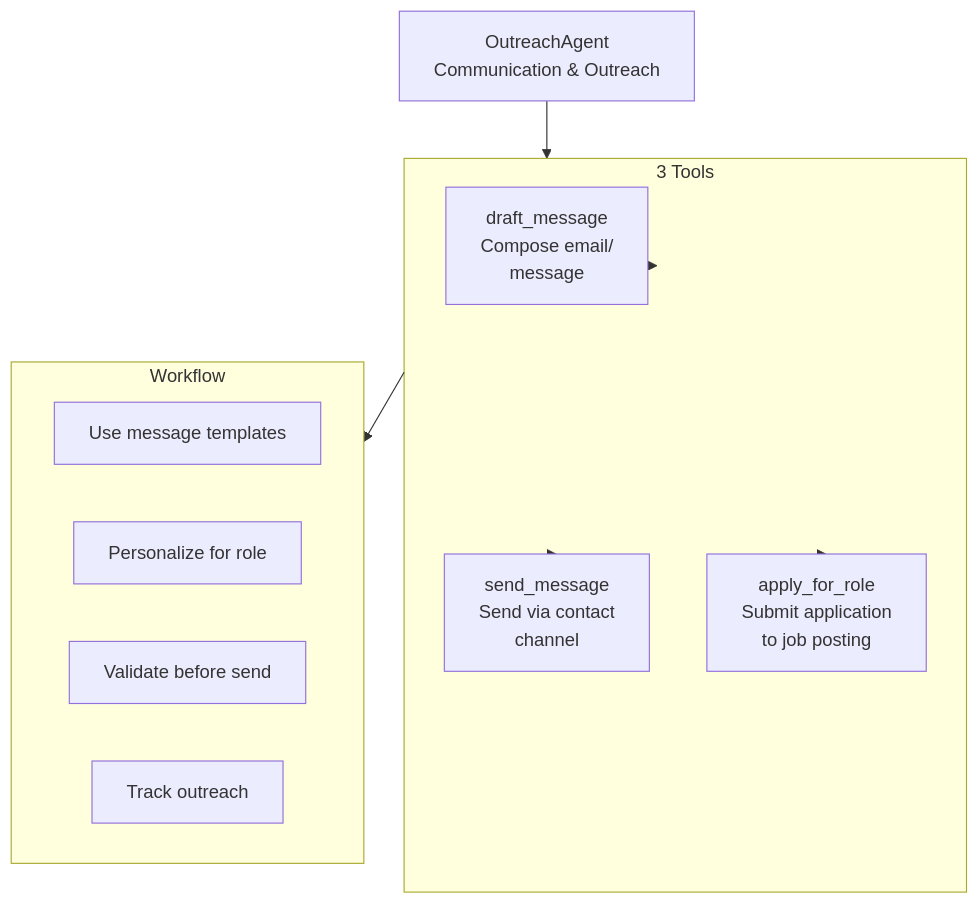
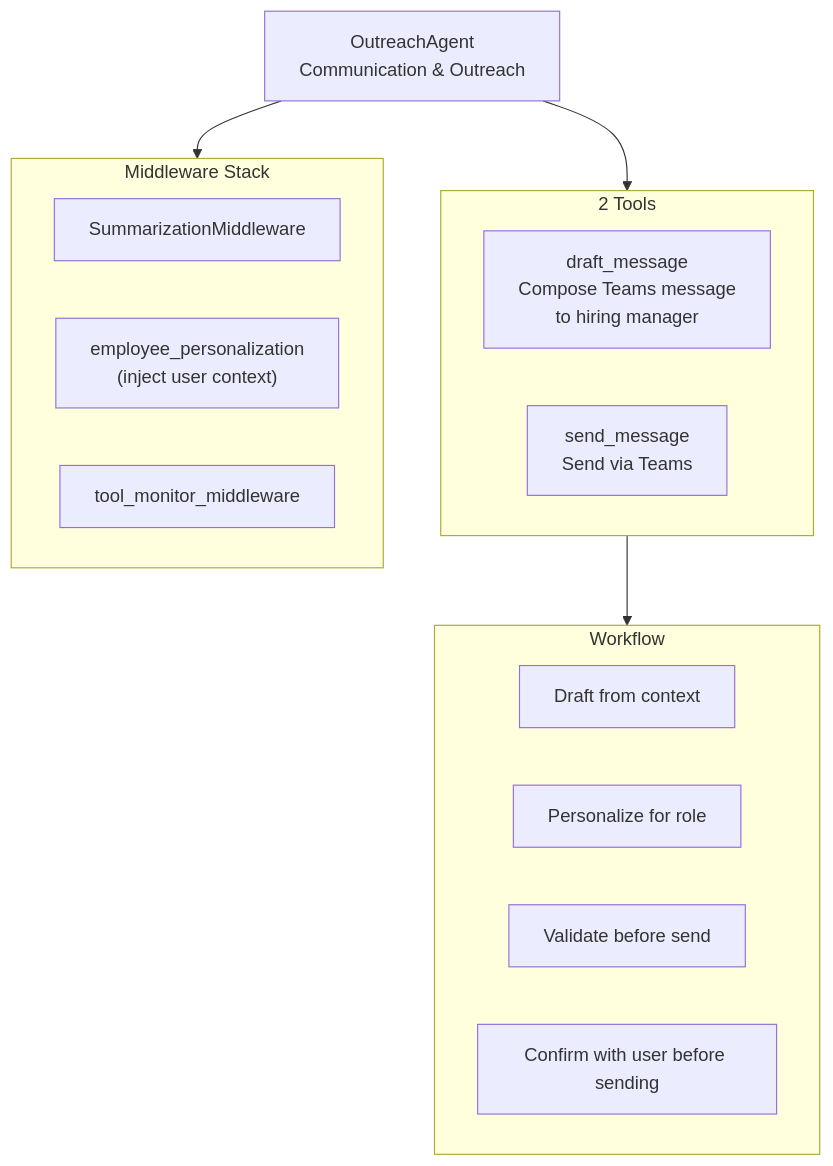
One commit to savipk/autochat changed the fourth of 6 diagrams in docs/architecture/05-specialist-agents.md. Above: the diagram before and after it, drawn with Mermaid. The commit also changed other lines of this file and 27 other files, not shown here.

````diff
--- a/docs/architecture/05-specialist-agents.md
+++ b/docs/architecture/05-specialist-agents.md
@@ -158,23 +142,26 @@
 ```mermaid
 graph TB
     OutAgent["OutreachAgent<br/>Communication & Outreach"]
 
-    subgraph Tools3b["3 Tools"]
-        draft["draft_message<br/>Compose email/<br/>message"]
-        send["send_message<br/>Send via contact<br/>channel"]
-        apply["apply_for_role<br/>Submit application<br/>to job posting"]
+    subgraph Tools2["2 Tools"]
+        draft["draft_message<br/>Compose Teams message<br/>to hiring manager"]
+        send["send_message<br/>Send via Teams"]
+    end
+
+    subgraph Middleware["Middleware Stack"]
+        MW1["SummarizationMiddleware"]
+        MW2["employee_personalization<br/>(inject user context)"]
+        MW3["tool_monitor_middleware"]
     end
 
     subgraph Process["Workflow"]
-        template["Use message templates"]
+        template["Draft from context"]
         personalize["Personalize for role"]
         validate["Validate before send"]
-        track["Track outreach"]
+        confirm["Confirm with user before sending"]
     end
 
-    OutAgent --> Tools3b
-    Tools3b --> draft
-    Tools3b --> send
-    Tools3b --> apply
-    Tools3b --> Process
+    OutAgent --> Tools2
+    OutAgent --> Middleware
+    Tools2 --> Process
 ```
````
